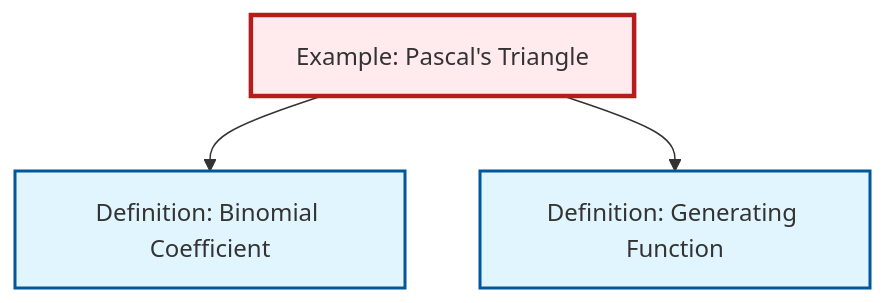
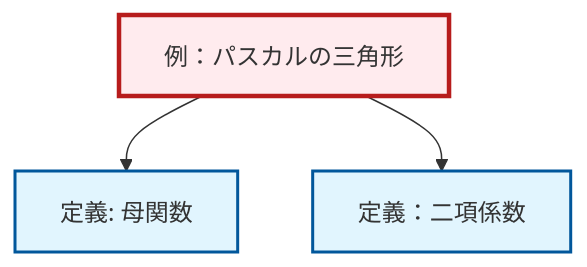
One commit to RK0429/ModernMath changed the diagram in content/ja/combinatorics/ex-pascals-triangle.qmd. Above: the diagram before and after it, drawn with Mermaid. The commit also changed 1069 other files, not shown here.

````diff
--- a/content/ja/combinatorics/ex-pascals-triangle.qmd
+++ b/content/ja/combinatorics/ex-pascals-triangle.qmd
@@ -73,17 +73,17 @@
 ```{mermaid}
 %%| fig-cap: "Local dependency graph"
 graph TD
     classDef definition fill:#e1f5fe,stroke:#01579b,stroke-width:2px
     classDef theorem fill:#f3e5f5,stroke:#4a148c,stroke-width:2px
     classDef axiom fill:#fff3e0,stroke:#e65100,stroke-width:2px
     classDef example fill:#e8f5e9,stroke:#1b5e20,stroke-width:2px
     classDef current fill:#ffebee,stroke:#b71c1c,stroke-width:3px
-    def-generating-function["Definition: Generating Function"]:::definition
-    def-binomial-coefficient["Definition: Binomial Coefficient"]:::definition
-    ex-pascals-triangle["Example: Pascal's Triangle"]:::example
+    ex-pascals-triangle["例：パスカルの三角形"]:::example
+    def-generating-function["定義: 母関数"]:::definition
+    def-binomial-coefficient["定義：二項係数"]:::definition
+    ex-pascals-triangle --> def-generating-function
     ex-pascals-triangle --> def-binomial-coefficient
-    ex-pascals-triangle --> def-generating-function
     class ex-pascals-triangle current
-    click def-generating-function "def-generating-function.html" "Definition: Generating Functionへ"
-    click def-binomial-coefficient "def-binomial-coefficient.html" "Definition: Binomial Coefficientへ"
+    click def-generating-function "def-generating-function.html" "母関数の定義へ"
+    click def-binomial-coefficient "def-binomial-coefficient.html" "定義：二項係数へ"
 ```
````
